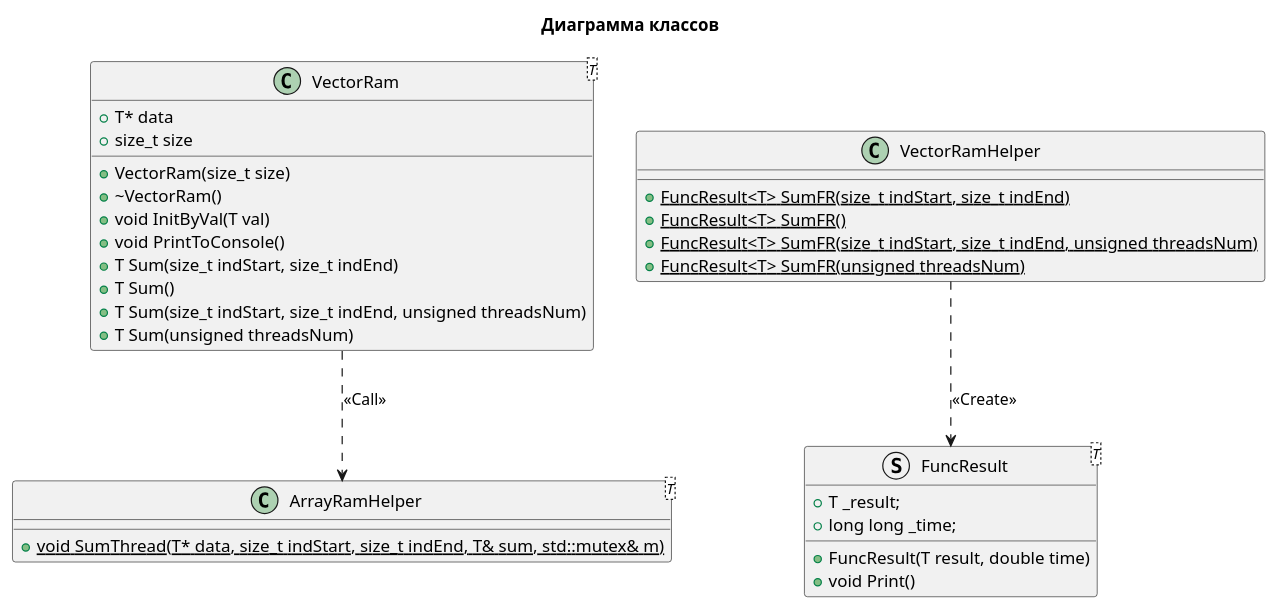
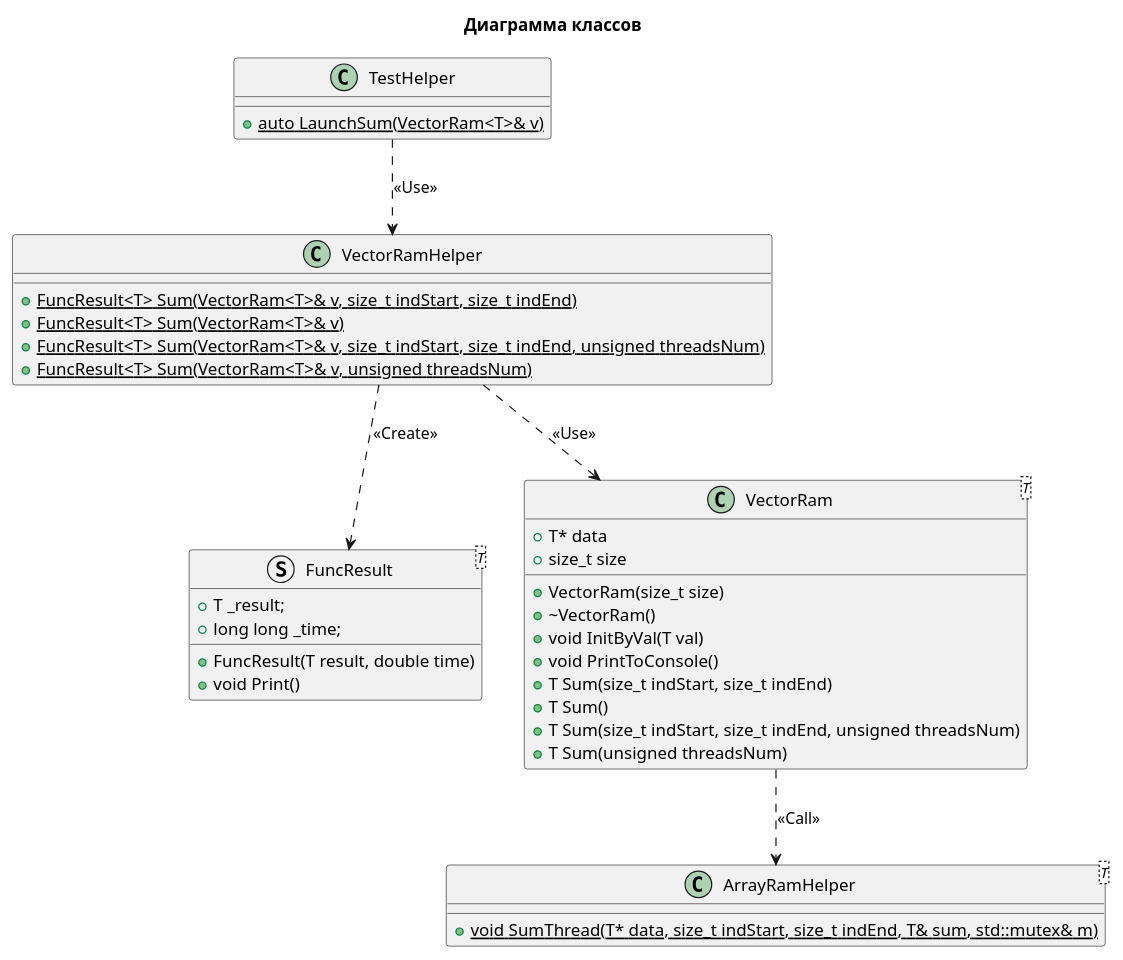
Before and after one commit to LitvinovVN/MathModAndPP: the diagram in Parallel_programming/C++/12_template_class_func_2/class-diagram.puml, drawn with PlantUML. The commit also changed 1 other file, not shown here.

```diff
--- a/Parallel_programming/C++/12_template_class_func_2/class-diagram.puml
+++ b/Parallel_programming/C++/12_template_class_func_2/class-diagram.puml
@@ -1,48 +1,53 @@
 @startuml
 
 title
  Диаграмма классов
 end title
 
 class ArrayRamHelper<T>
 {
     +{static} void SumThread(T* data, size_t indStart, size_t indEnd, T& sum, std::mutex& m)
 }
 
 struct          FuncResult<T>
 {
     +T _result;
     +long long _time;
 
     +FuncResult(T result, double time)
     +void Print()
 }
 
 class           VectorRam<T>
 {
     +T* data
     +size_t size
     +VectorRam(size_t size)
     +~VectorRam()
     +void InitByVal(T val)
     +void PrintToConsole()
     +T Sum(size_t indStart, size_t indEnd)
     +T Sum()
     +T Sum(size_t indStart, size_t indEnd, unsigned threadsNum)
     +T Sum(unsigned threadsNum)
 }
 
 class           VectorRamHelper
 {
-    +{static}FuncResult<T> SumFR(size_t indStart, size_t indEnd)
-    +{static}FuncResult<T> SumFR()
-    +{static}FuncResult<T> SumFR(size_t indStart, size_t indEnd, unsigned threadsNum)
-    +{static}FuncResult<T> SumFR(unsigned threadsNum)
+    +{static}FuncResult<T> Sum(VectorRam<T>& v, size_t indStart, size_t indEnd)
+    +{static}FuncResult<T> Sum(VectorRam<T>& v)
+    +{static}FuncResult<T> Sum(VectorRam<T>& v, size_t indStart, size_t indEnd, unsigned threadsNum)
+    +{static}FuncResult<T> Sum(VectorRam<T>& v, unsigned threadsNum)
 }
 
+class TestHelper
+{
+    +{static} auto LaunchSum(VectorRam<T>& v)
+}
 
-
+TestHelper..>VectorRamHelper : <<Use>>
 VectorRamHelper..>FuncResult : <<Create>>
+VectorRamHelper..>VectorRam : <<Use>>
 VectorRam..>ArrayRamHelper : <<Call>>
 
 @enduml
```
